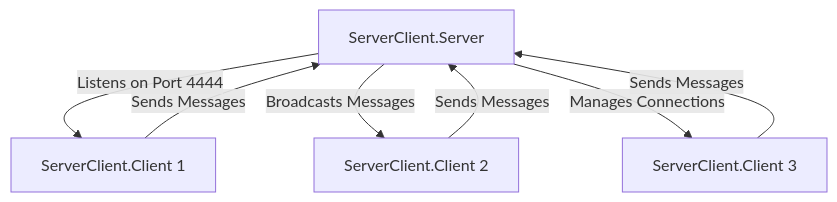
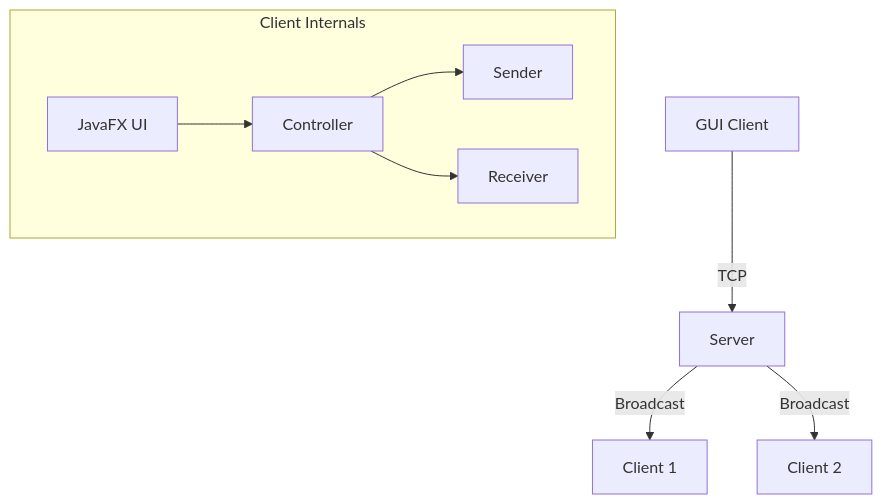
The diagram in README.md (Piccio-Code/MessagingApp), drawn with Mermaid before and after one commit. The commit also changed other lines of this file and 5 other files, not shown here.

````diff
--- a/README.md
+++ b/README.md
@@ -25,9 +41,11 @@
 ```mermaid
 graph TD
-  ServerClient.Server[ServerClient.Server] -->|Listens on Port 4444| ServerClient.Client1[ServerClient.Client 1]
-  ServerClient.Server -->|Broadcasts Messages| ServerClient.Client2[ServerClient.Client 2]
-  ServerClient.Server -->|Manages Connections| Client3[ServerClient.Client 3]
-  ServerClient.Client1 -->|Sends Messages| ServerClient.Server
-  ServerClient.Client2 -->|Sends Messages| ServerClient.Server
-  Client3 -->|Sends Messages| ServerClient.Server
+    Client[GUI Client] -->|TCP| Server
+    Server -->|Broadcast| Client1[Client 1]
+    Server -->|Broadcast| Client2[Client 2]
+    subgraph Client Internals
+        UI[JavaFX UI] --> Controller
+        Controller --> Sender
+        Controller --> Receiver
+    end
 ```
````
